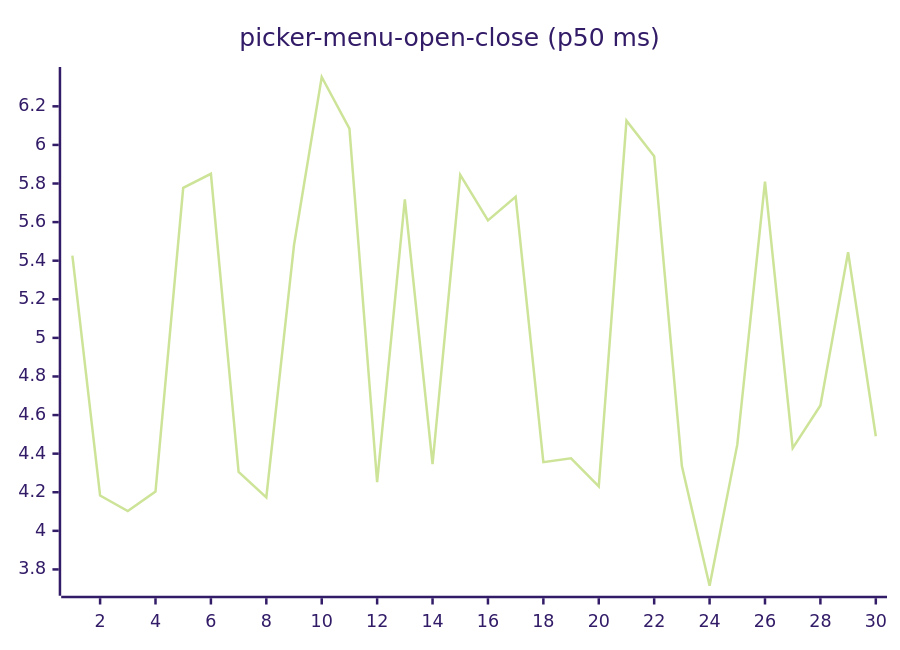
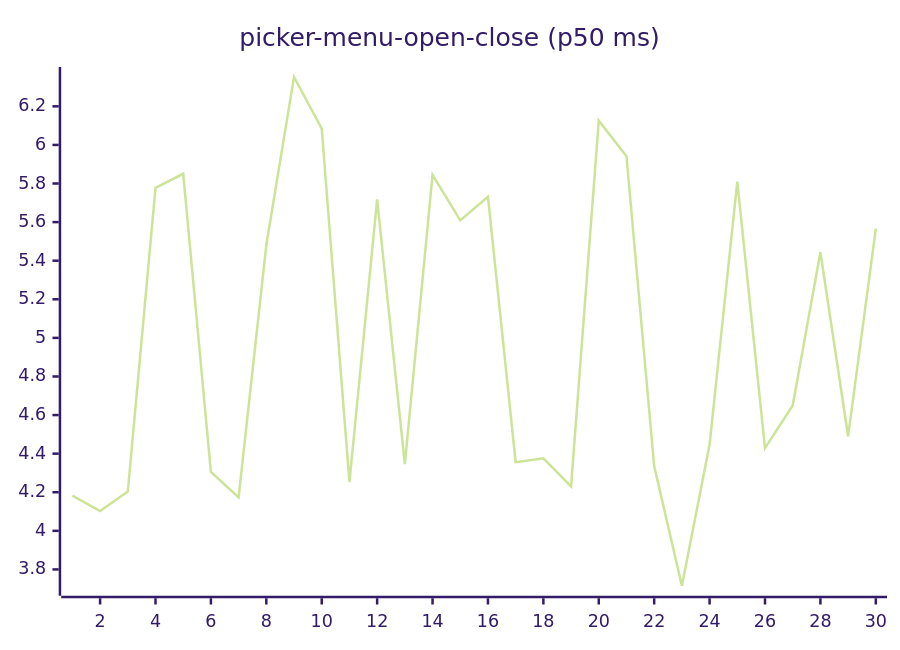
One commit to josha/Facet changed diagram 16 of 27 in README.md. Above: the diagram before and after it, drawn with Mermaid (forest theme). The commit also changed other lines of this file and 2 other files, not shown here.

````diff
--- a/README.md
+++ b/README.md
@@ -168,6 +168,6 @@
 ```mermaid
 xychart-beta
     title "picker-menu-open-close (p50 ms)"
     x-axis 1 --> 30
-    line [5.4264, 4.1828, 4.1028, 4.2034, 5.7775, 5.8503, 4.3049, 4.1731, 5.4814, 6.3520, 6.0839, 4.2522, 5.7175, 4.3452, 5.8449, 5.6085, 5.7317, 4.3559, 4.3756, 4.2307, 6.1258, 5.9413, 4.3353, 3.7154, 4.4466, 5.8101, 4.4287, 4.6495, 5.4442, 4.4899]
+    line [4.1828, 4.1028, 4.2034, 5.7775, 5.8503, 4.3049, 4.1731, 5.4814, 6.3520, 6.0839, 4.2522, 5.7175, 4.3452, 5.8449, 5.6085, 5.7317, 4.3559, 4.3756, 4.2307, 6.1258, 5.9413, 4.3353, 3.7154, 4.4466, 5.8101, 4.4287, 4.6495, 5.4442, 4.4899, 5.5654]
 ```
````
